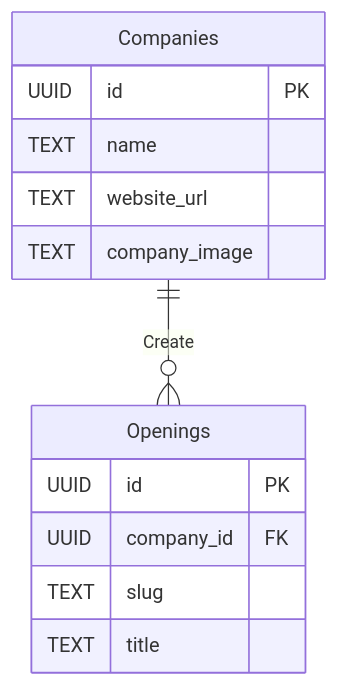
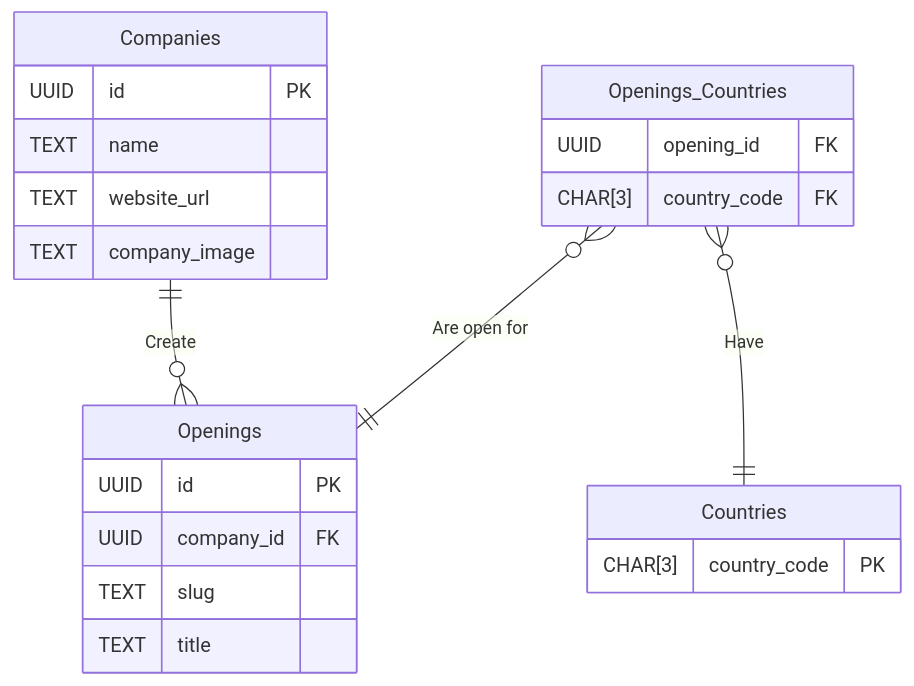
The diagram in supabase/README.md (espinosakev24/getremoto), drawn with Mermaid before and after one commit. The commit also changed 5 other files, not shown here.

Commit message:
Add countries to database schema

````diff
--- a/supabase/README.md
+++ b/supabase/README.md
@@ -26,19 +26,33 @@
 ```mermaid
 erDiagram
 
 Companies ||--o{ Openings : Create
 Companies {
   UUID id PK
   TEXT name
   TEXT website_url
   TEXT company_image
 }
 
 
 Openings {
   UUID id PK
   UUID company_id FK
   TEXT slug
   TEXT title
 }
+
+Openings_Countries }o--|| Openings : "Are open for"
+Openings_Countries }o--|| Countries : "Have"
+Openings_Countries {
+  UUID opening_id FK
+  CHAR[3] country_code FK
+}
+
+
+Countries {
+  CHAR[3] country_code PK
+}
+
+
 ```
````
